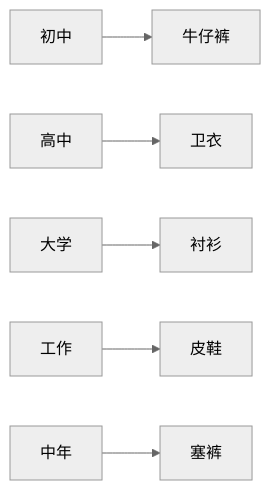
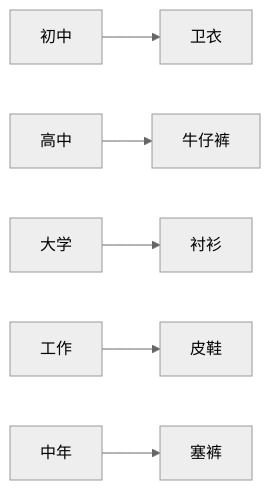
The diagram in Think/随记.md (hui-Zz/huiNote), drawn with Mermaid (neutral theme) before and after one commit.

````diff
--- a/Think/随记.md
+++ b/Think/随记.md
@@ -13,8 +13,8 @@
 ```mermaid
 graph LR;
-　　初中-->牛仔裤;
-　　高中-->卫衣;
+　　初中-->卫衣;
+　　高中-->牛仔裤;
 　　大学-->衬衫;
 　　工作-->皮鞋;
 　　中年-->塞裤;
 ```
````
